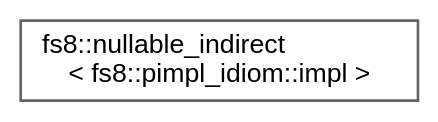
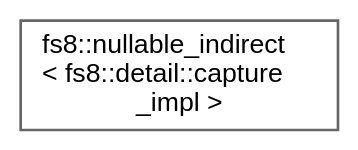
Before and after one commit to the-moisrex/foresight: the diagram in api/inherit_graph_98.dot, drawn with Graphviz. The commit also changed 381 other files, not shown here.

```diff
--- a/api/inherit_graph_98.dot
+++ b/api/inherit_graph_98.dot
@@ -1,9 +1,9 @@
 digraph "Graphical Class Hierarchy"
 {
  // LATEX_PDF_SIZE
   bgcolor="transparent";
   edge [fontname=Helvetica,fontsize=10,labelfontname=Helvetica,labelfontsize=10];
   node [fontname=Helvetica,fontsize=10,shape=box,height=0.2,width=0.4];
   rankdir="LR";
-  Node0 [id="Node000000",label="fs8::nullable_indirect\l\< fs8::pimpl_idiom::impl \>",height=0.2,width=0.4,color="grey40", fillcolor="white", style="filled",URL="$structfs8_1_1nullable__indirect.html",tooltip=" "];
+  Node0 [id="Node000000",label="fs8::nullable_indirect\l\< fs8::detail::capture\l_impl \>",height=0.2,width=0.4,color="grey40", fillcolor="white", style="filled",URL="$structfs8_1_1nullable__indirect.html",tooltip=" "];
 }
```
